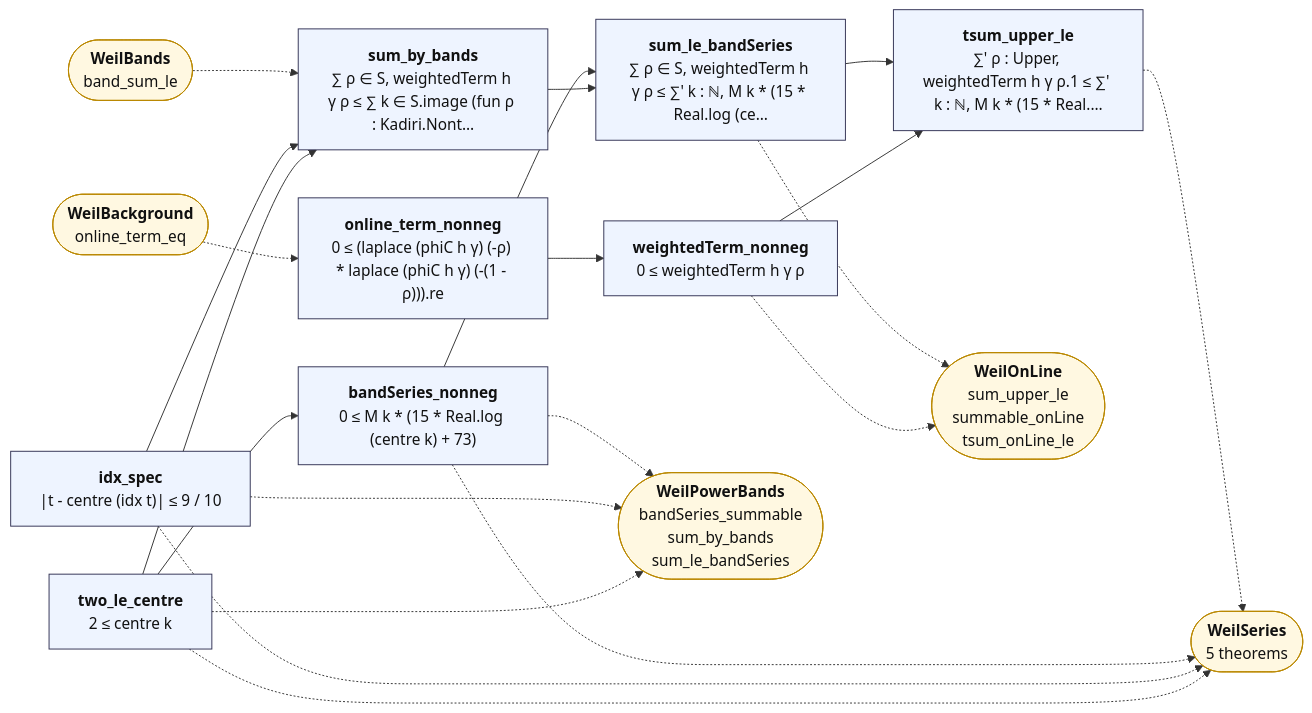
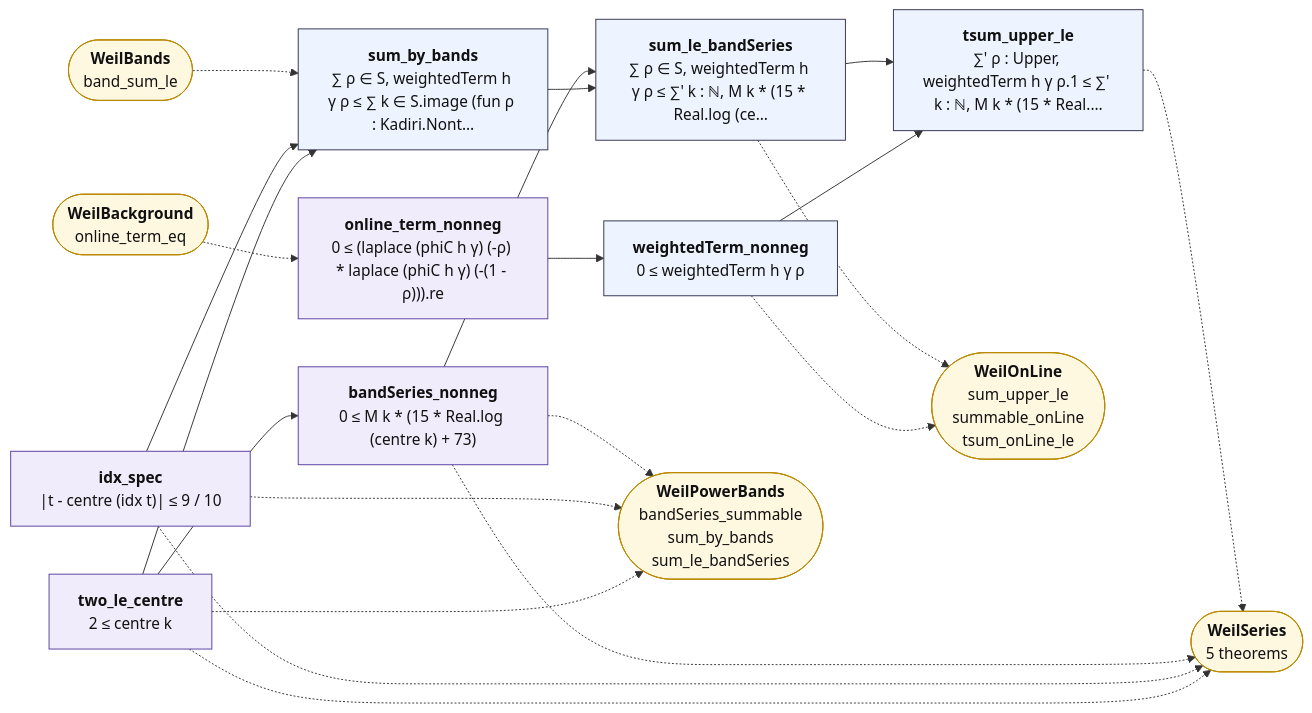
Before and after one commit to juliansambranojr/Primebeat_081426: the diagram in map/lean_stage3/WeilTiles.md, drawn with Mermaid. The commit also changed other lines of this file and 398 other files, not shown here.

````diff
--- a/map/lean_stage3/WeilTiles.md
+++ b/map/lean_stage3/WeilTiles.md
@@ -12,40 +12,43 @@
 ```mermaid
 flowchart LR
-  n0["<b>two_le_centre</b><br/>2 ≤ centre k"]:::thm
-  n1["<b>idx_spec</b><br/>|t - centre (idx t)| ≤ 9 / 10"]:::thm
-  n2["<b>online_term_nonneg</b><br/>0 ≤ (laplace (phiC h γ) (-ρ) * laplace (phiC h γ) (-(1 - ρ))).re"]:::thm
+  n0["<b>two_le_centre</b><br/>2 ≤ centre k"]:::shp
+  n1["<b>idx_spec</b><br/>|t - centre (idx t)| ≤ 9 / 10"]:::shp
+  n2["<b>online_term_nonneg</b><br/>0 ≤ (laplace (phiC h γ) (-ρ) * laplace (phiC h γ) (-(1 - ρ))).re"]:::shp
   n3["<b>weightedTerm_nonneg</b><br/>0 ≤ weightedTerm h γ ρ"]:::thm
   n4["<b>sum_by_bands</b><br/>∑ ρ ∈ S, weightedTerm h γ ρ ≤ ∑ k ∈ S.image (fun ρ : Kadiri.Nont…"]:::thm
-  n5["<b>bandSeries_nonneg</b><br/>0 ≤ M k * (15 * Real.log (centre k) + 73)"]:::thm
+  n5["<b>bandSeries_nonneg</b><br/>0 ≤ M k * (15 * Real.log (centre k) + 73)"]:::shp
   n6["<b>sum_le_bandSeries</b><br/>∑ ρ ∈ S, weightedTerm h γ ρ ≤ ∑' k : ℕ, M k * (15 * Real.log (ce…"]:::thm
   n7["<b>tsum_upper_le</b><br/>∑' ρ : Upper, weightedTerm h γ ρ.1 ≤ ∑' k : ℕ, M k * (15 * Real.…"]:::thm
   x0(["<b>WeilPowerBands</b><br/>bandSeries_summable<br/>sum_by_bands<br/>sum_le_bandSeries"]):::ext
   x1(["<b>WeilSeries</b><br/>5 theorems"]):::ext
   x2(["<b>WeilBackground</b><br/>online_term_eq"]):::ext
   x3(["<b>WeilOnLine</b><br/>sum_upper_le<br/>summable_onLine<br/>tsum_onLine_le"]):::ext
   x4(["<b>WeilBands</b><br/>band_sum_le"]):::ext
   n0 --> n4
   n0 --> n5
   n1 --> n4
   n2 --> n3
   n3 --> n7
   n4 --> n6
   n5 --> n6
   n6 --> n7
   n0 -.-> x0
   n0 -.-> x1
   n1 -.-> x0
   n1 -.-> x1
   n3 -.-> x3
   n5 -.-> x0
   n5 -.-> x1
   n6 -.-> x3
   n7 -.-> x1
   x2 -.-> n2
   x4 -.-> n4
+  classDef cnt fill:#dff5ec,stroke:#17694a,color:#111
+  classDef shp fill:#f1ecfb,stroke:#5b3fa0,color:#111
+  classDef rh fill:#ffe5e5,stroke:#c22,color:#111,stroke-width:2px
   classDef thm fill:#eef4ff,stroke:#335,color:#111
   classDef end_ fill:#e7f7e7,stroke:#2a7,color:#111,stroke-width:2px
   classDef lone fill:#fff,stroke:#999,color:#111,stroke-dasharray:4 3
   classDef bad fill:#ffe5e5,stroke:#c22,color:#111,stroke-width:2px
   classDef ext fill:#fff8e1,stroke:#b80,color:#111
 ```
````
